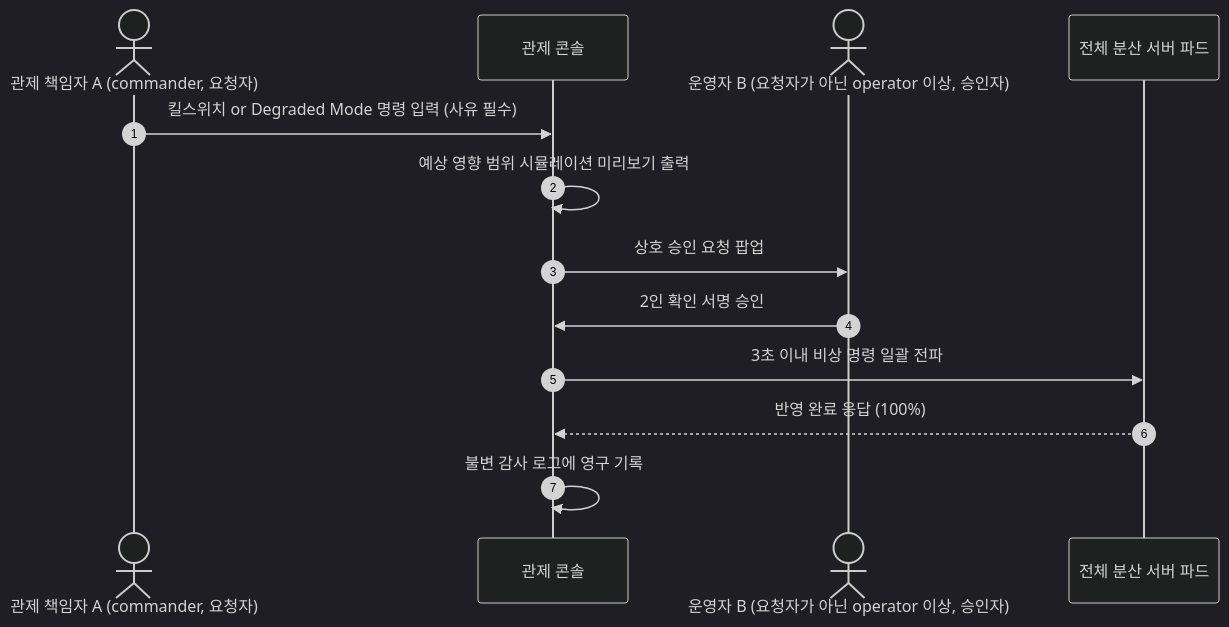
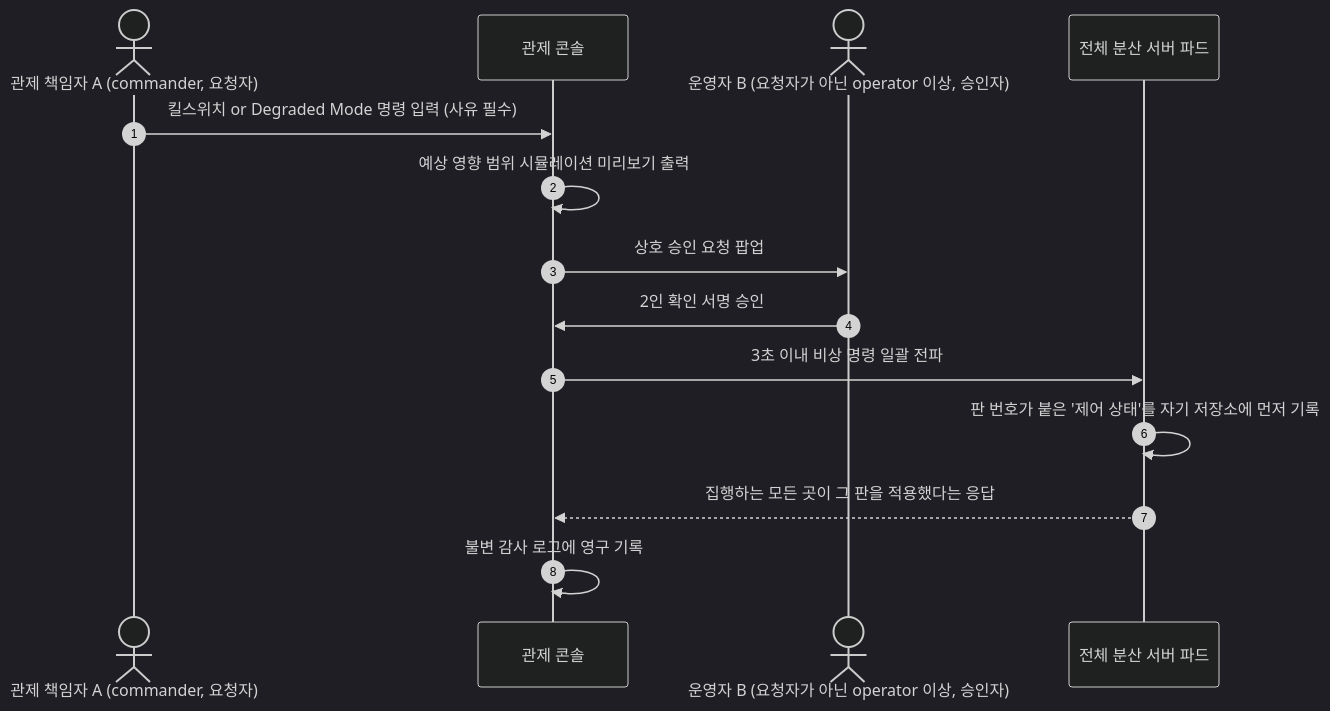
Before and after one commit to peaket/peaket: the second of 2 diagrams in guide/10-control-tower.md, drawn with Mermaid (dark theme). The commit also changed other lines of this file and 228 other files, not shown here.

````diff
--- a/guide/10-control-tower.md
+++ b/guide/10-control-tower.md
@@ -73,16 +76,17 @@
 ```mermaid
 sequenceDiagram
     autonumber
     actor 운영자A as 관제 책임자 A (commander, 요청자)
     participant 콘솔 as 관제 콘솔
     actor 운영자B as 운영자 B (요청자가 아닌 operator 이상, 승인자)
     participant 분산서버 as 전체 분산 서버 파드
 
     운영자A->>콘솔: 킬스위치 or Degraded Mode 명령 입력 (사유 필수)
     콘솔->>콘솔: 예상 영향 범위 시뮬레이션 미리보기 출력
     콘솔->>운영자B: 상호 승인 요청 팝업
     운영자B->>콘솔: 2인 확인 서명 승인
     콘솔->>분산서버: 3초 이내 비상 명령 일괄 전파
-    분산서버-->>콘솔: 반영 완료 응답 (100%)
+    분산서버->>분산서버: 판 번호가 붙은 '제어 상태'를 자기 저장소에 먼저 기록
+    분산서버-->>콘솔: 집행하는 모든 곳이 그 판을 적용했다는 응답
     콘솔->>콘솔: 불변 감사 로그에 영구 기록
 ```
````
